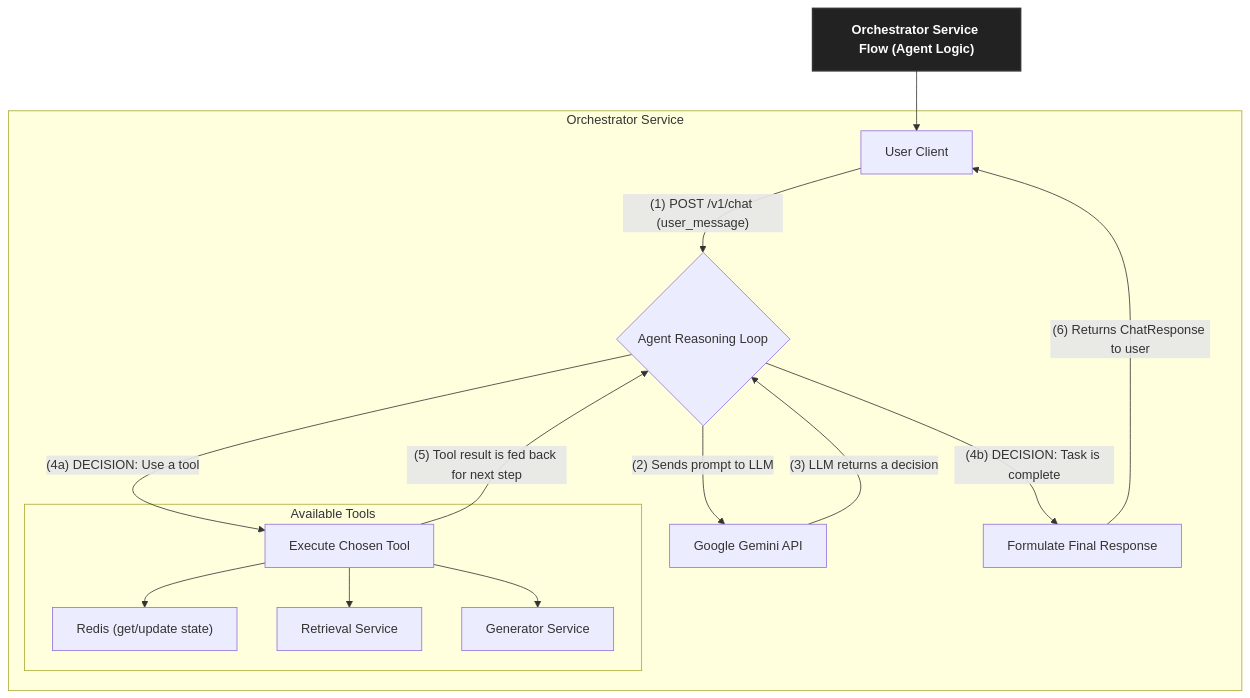
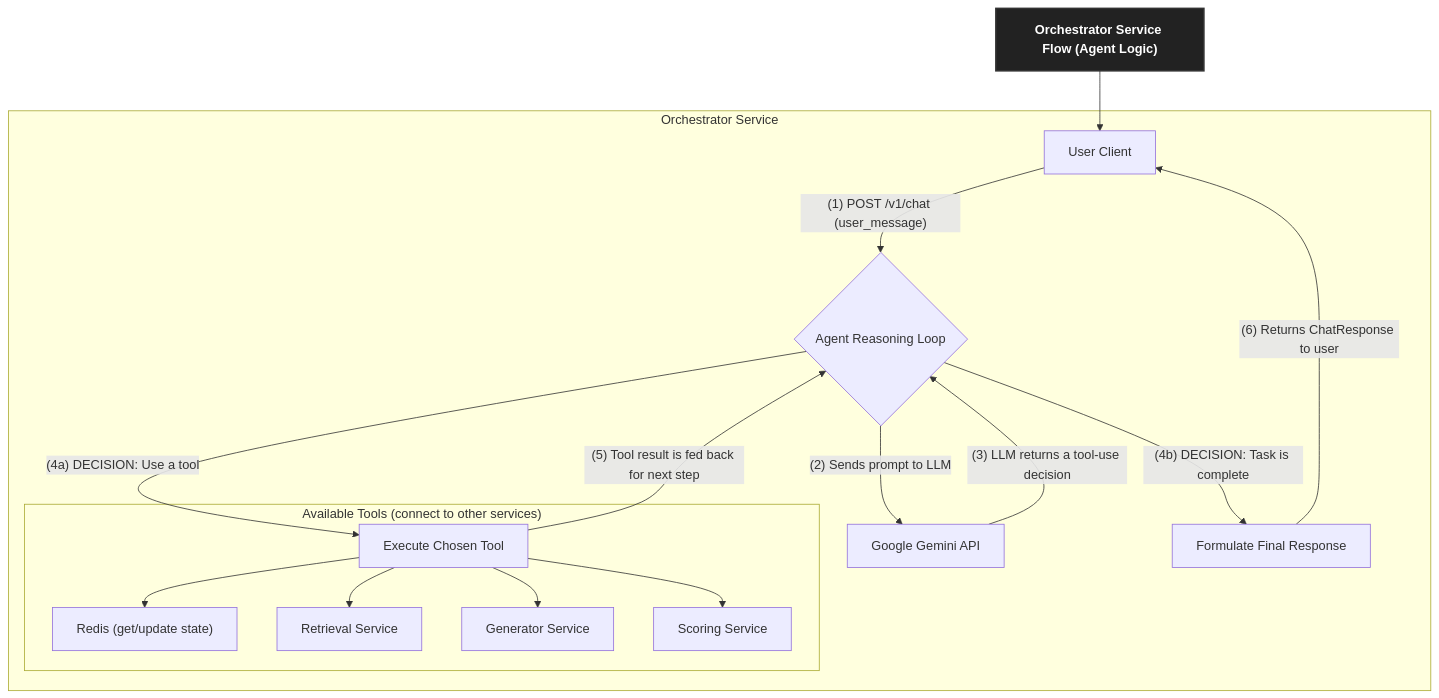
One commit to QuantumRebels/CVisionary changed the diagram in AI_Services/orchestrator/README.md. Above: the diagram before and after it, drawn with Mermaid. The commit also changed other lines of this file and 12 other files, not shown here.

````diff
--- a/AI_Services/orchestrator/README.md
+++ b/AI_Services/orchestrator/README.md
@@ -20,29 +24,30 @@
 ```mermaid
 graph TD
     Title["<strong>Orchestrator Service Flow (Agent Logic)</strong>"]
     style Title fill:#222,stroke:#333,stroke-width:2px,color:#fff
 
     Title --> UserClient["User Client"]
 
     subgraph Orchestrator Service
         UserClient -- "(1) POST /v1/chat (user_message)" --> AgentReasoning{Agent Reasoning Loop}
         
         AgentReasoning -- "(2) Sends prompt to LLM" --> GeminiAPI["Google Gemini API"]
-        GeminiAPI -- "(3) LLM returns a decision" --> AgentReasoning
+        GeminiAPI -- "(3) LLM returns a tool-use decision" --> AgentReasoning
 
         AgentReasoning -- "(4a) DECISION: Use a tool" --> ToolExecution["Execute Chosen Tool"]
         
-        subgraph "Available Tools"
+        subgraph "Available Tools (connect to other services)"
             ToolExecution --> Redis["Redis (get/update state)"]
             ToolExecution --> RetrievalService["Retrieval Service"]
             ToolExecution --> GeneratorService["Generator Service"]
+            ToolExecution --> ScoringService["Scoring Service"]
         end
         
         %% The crucial loop back to continue the cycle
         ToolExecution -- "(5) Tool result is fed back for next step" --> AgentReasoning
         
         %% The exit condition of the loop
         AgentReasoning -- "(4b) DECISION: Task is complete" --> FinalResponse["Formulate Final Response"]
         FinalResponse -- "(6) Returns ChatResponse to user" --> UserClient
     end
 ```
````
